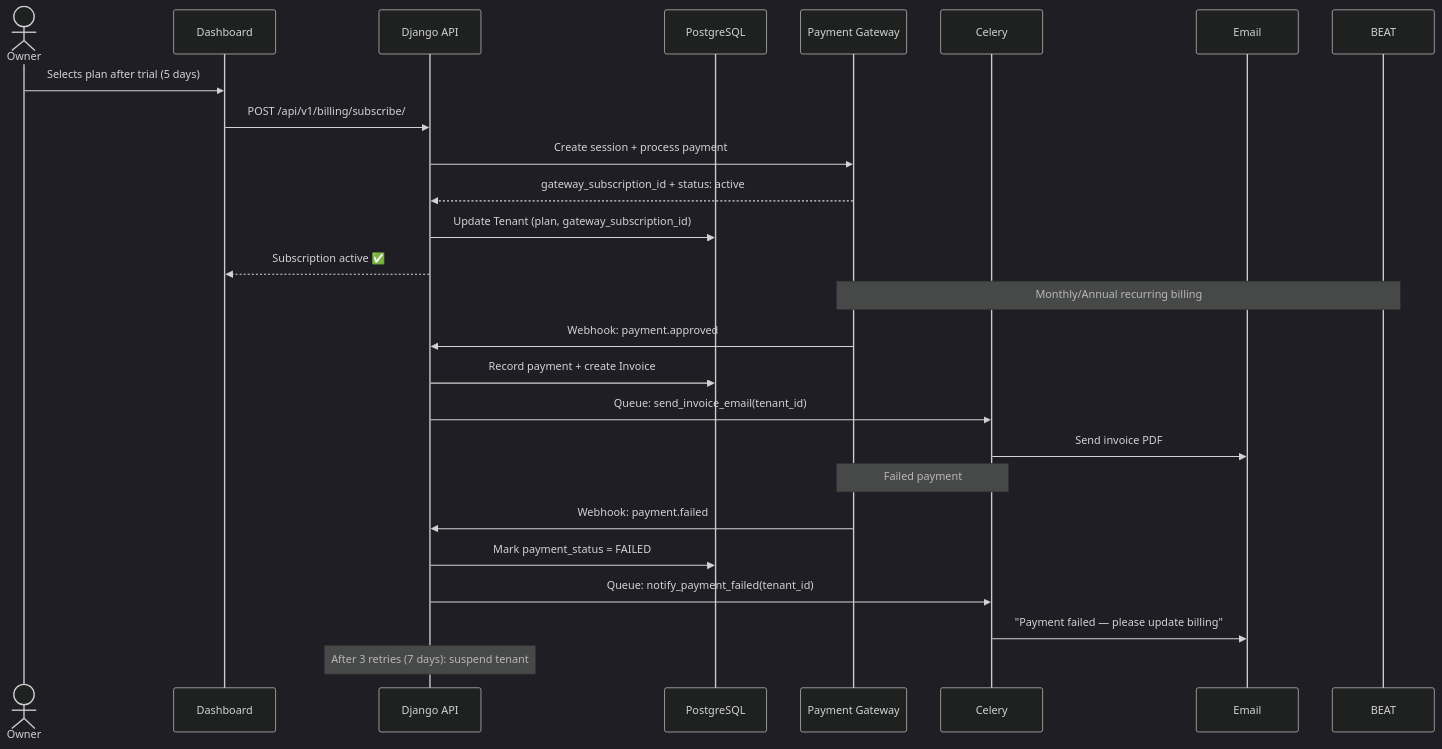
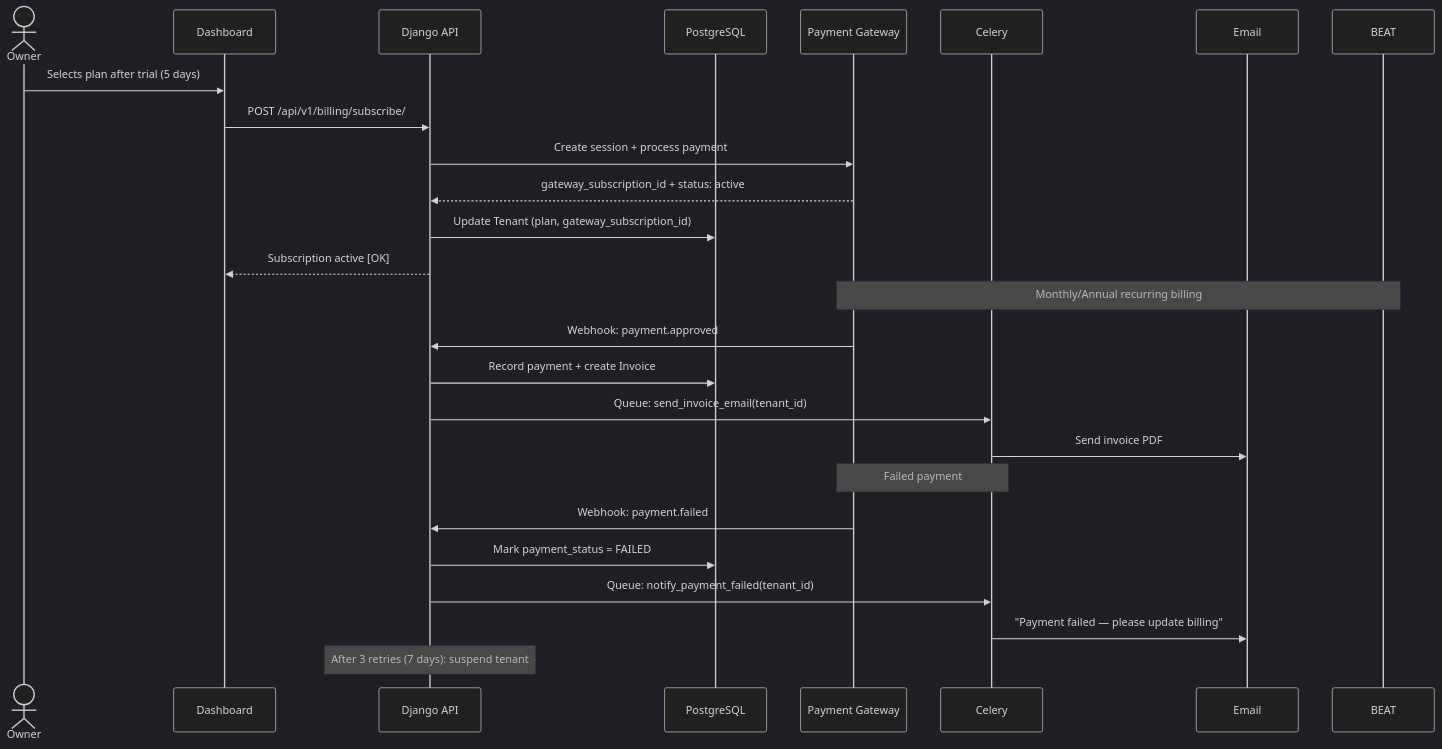
One commit to somatechlat/loyallia changed the seventh of 12 diagrams in docs/ARCHITECTURE.md. Above: the diagram before and after it, drawn with Mermaid (dark theme). The commit also changed other lines of this file and 212 other files, not shown here.

````diff
--- a/docs/ARCHITECTURE.md
+++ b/docs/ARCHITECTURE.md
@@ -317,30 +301,30 @@
 ```mermaid
 sequenceDiagram
     actor Owner
     participant DASH as Dashboard
     participant API as Django API
     participant DB as PostgreSQL
     participant GWY as Payment Gateway
     participant CEL as Celery
     participant SMTP as Email
 
     Owner->>DASH: Selects plan after trial (5 days)
     DASH->>API: POST /api/v1/billing/subscribe/
     API->>GWY: Create session + process payment
     GWY-->>API: gateway_subscription_id + status: active
     API->>DB: Update Tenant (plan, gateway_subscription_id)
-    API-->>DASH: Subscription active ✅
+    API-->>DASH: Subscription active [OK]
 
     Note over BEAT,GWY: Monthly/Annual recurring billing
     GWY->>API: Webhook: payment.approved
     API->>DB: Record payment + create Invoice
     API->>CEL: Queue: send_invoice_email(tenant_id)
     CEL->>SMTP: Send invoice PDF
 
     Note over GWY,CEL: Failed payment
     GWY->>API: Webhook: payment.failed
     API->>DB: Mark payment_status = FAILED
     API->>CEL: Queue: notify_payment_failed(tenant_id)
     CEL->>SMTP: "Payment failed — please update billing"
     Note over API: After 3 retries (7 days): suspend tenant
 ```
````
